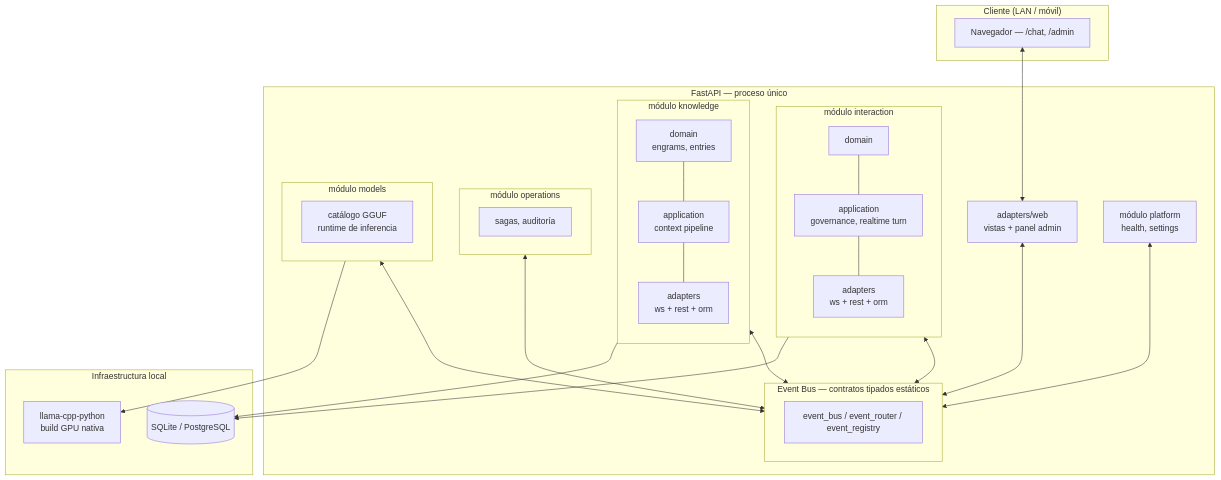
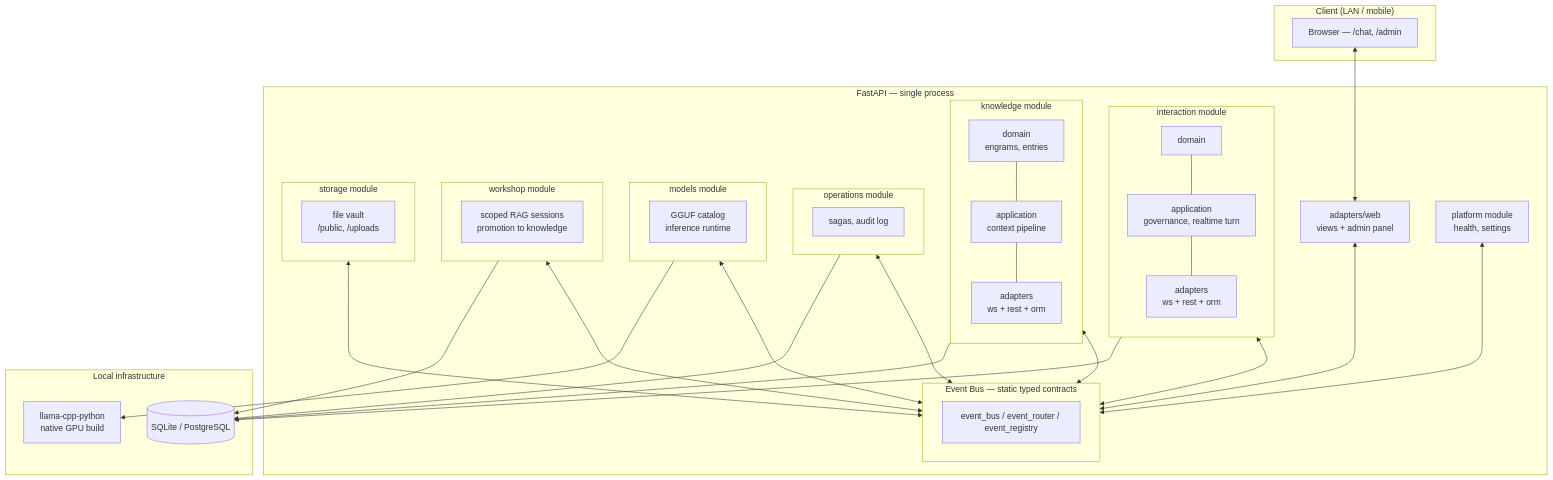
The diagram in README.md (Teddy7595/rag2), drawn with Mermaid before and after one commit. The commit also changed other lines of this file and 3 other files, not shown here.

````diff
--- a/README.md
+++ b/README.md
@@ -22,51 +22,63 @@
 ```mermaid
 flowchart TB
-    subgraph Client["Cliente (LAN / móvil)"]
-        Browser["Navegador — /chat, /admin"]
+    subgraph Client["Client (LAN / mobile)"]
+        Browser["Browser — /chat, /admin"]
     end
 
-    subgraph API["FastAPI — proceso único"]
-        Web["adapters/web\nvistas + panel admin"]
+    subgraph API["FastAPI — single process"]
+        Web["adapters/web\nviews + admin panel"]
 
-        subgraph Bus["Event Bus — contratos tipados estáticos"]
+        subgraph Bus["Event Bus — static typed contracts"]
             direction LR
             EB["event_bus / event_router / event_registry"]
         end
 
-        subgraph Interaction["módulo interaction"]
+        subgraph Interaction["interaction module"]
             direction TB
             I_D["domain"] --- I_A["application\ngovernance, realtime turn"] --- I_AD["adapters\nws + rest + orm"]
         end
 
-        subgraph Knowledge["módulo knowledge"]
+        subgraph Knowledge["knowledge module"]
             direction TB
             K_D["domain\nengrams, entries"] --- K_A["application\ncontext pipeline"] --- K_AD["adapters\nws + rest + orm"]
         end
 
-        subgraph Operations["módulo operations"]
-            O["sagas, auditoría"]
+        subgraph Operations["operations module"]
+            O["sagas, audit log"]
         end
 
-        subgraph Models["módulo models"]
-            M["catálogo GGUF\nruntime de inferencia"]
+        subgraph Models["models module"]
+            M["GGUF catalog\ninference runtime"]
         end
 
-        Platform["módulo platform\nhealth, settings"]
+        subgraph Workshop["workshop module"]
+            W["scoped RAG sessions\npromotion to knowledge"]
+        end
+
+        subgraph Storage["storage module"]
+            S["file vault\n/public, /uploads"]
+        end
+
+        Platform["platform module\nhealth, settings"]
     end
 
-    subgraph Infra["Infraestructura local"]
+    subgraph Infra["Local infrastructure"]
         DB[("SQLite / PostgreSQL")]
-        LLM["llama-cpp-python\nbuild GPU nativa"]
+        LLM["llama-cpp-python\nnative GPU build"]
     end
 
     Browser <--> Web
     Web <--> Bus
     Interaction <--> Bus
     Knowledge <--> Bus
     Operations <--> Bus
     Models <--> Bus
+    Workshop <--> Bus
+    Storage <--> Bus
     Platform <--> Bus
     Interaction --> DB
     Knowledge --> DB
+    Operations --> DB
+    Workshop --> DB
     Models --> LLM
 ```
````
